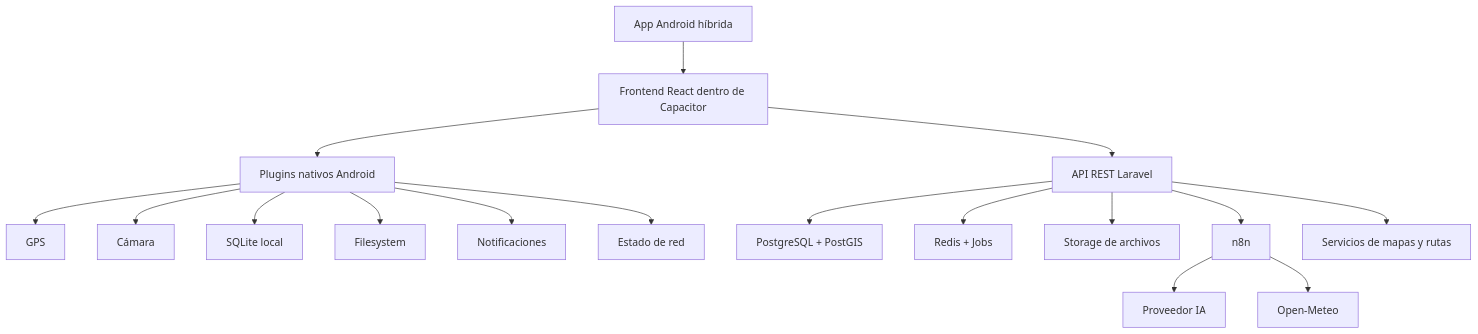
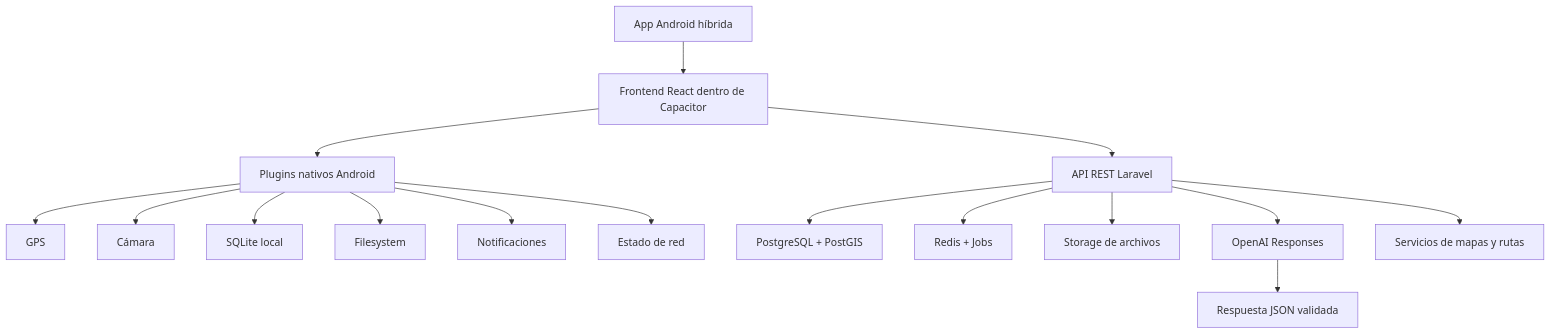
The diagram in README_INFO.md (Giossue/app-ciclismo-guaranda), drawn with Mermaid before and after one commit. The commit also changed other lines of this file and 31 other files, not shown here.

````diff
--- a/README_INFO.md
+++ b/README_INFO.md
@@ -122,22 +122,21 @@
 ```mermaid
 flowchart TD
     A[App Android híbrida] --> B[Frontend React dentro de Capacitor]
     B --> C[Plugins nativos Android]
     B --> D[API REST Laravel]
 
     C --> C1[GPS]
     C --> C2[Cámara]
     C --> C3[SQLite local]
     C --> C4[Filesystem]
     C --> C5[Notificaciones]
     C --> C6[Estado de red]
 
     D --> E[PostgreSQL + PostGIS]
     D --> F[Redis + Jobs]
     D --> G[Storage de archivos]
-    D --> H[n8n]
+    D --> H[OpenAI Responses]
     D --> I[Servicios de mapas y rutas]
 
-    H --> J[Proveedor IA]
-    H --> K[Open-Meteo]
+    H --> J[Respuesta JSON validada]
 ```
````
